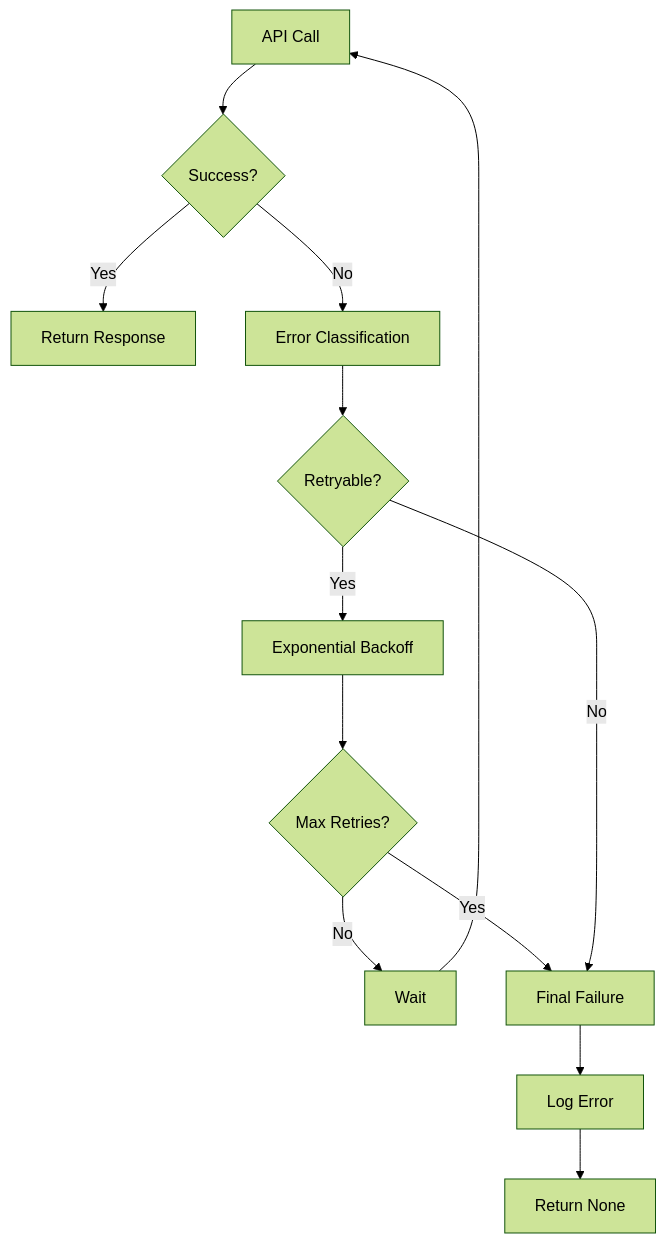
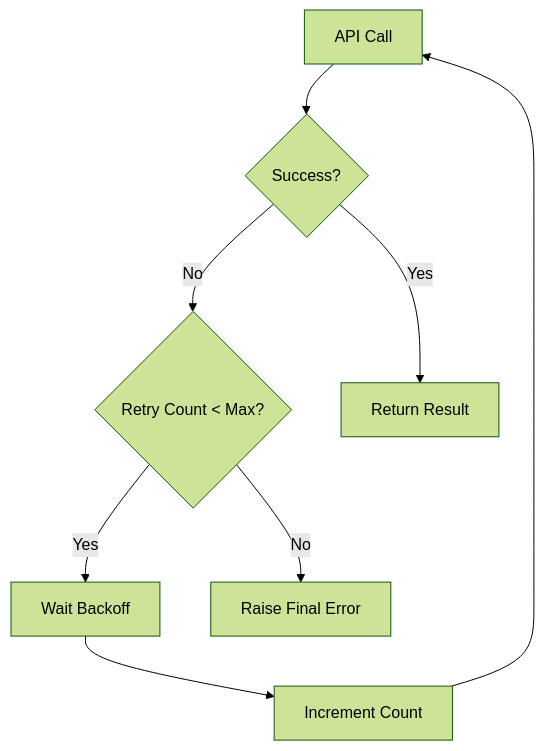
One commit to nakashima2toshio/anthropic_api_jp changed the tenth of 10 diagrams in doc/helper_api.md. Above: the diagram before and after it, drawn with Mermaid (forest theme). The commit also changed other lines of this file and 12 other files, not shown here.

````diff
--- a/doc/helper_api.md
+++ b/doc/helper_api.md
@@ -546,15 +534,10 @@
 ```mermaid
 graph TD
-    A["API Call"] --> B{"Success?"}
-    B -->|Yes| C["Return Response"]
-    B -->|No| D["Error Classification"]
-    D --> E{"Retryable?"}
-    E -->|Yes| F["Exponential Backoff"]
-    F --> G{"Max Retries?"}
-    G -->|No| H["Wait"]
-    H --> A
-    G -->|Yes| I["Final Failure"]
-    E -->|No| I
-    I --> J["Log Error"]
-    J --> K["Return None"]
+    A["API Call"] --> B{Success?}
+    B -->|No| C{Retry Count < Max?}
+    B -->|Yes| D["Return Result"]
+    C -->|Yes| E["Wait Backoff"]
+    C -->|No| F["Raise Final Error"]
+    E --> G["Increment Count"]
+    G --> A
 ```
````
